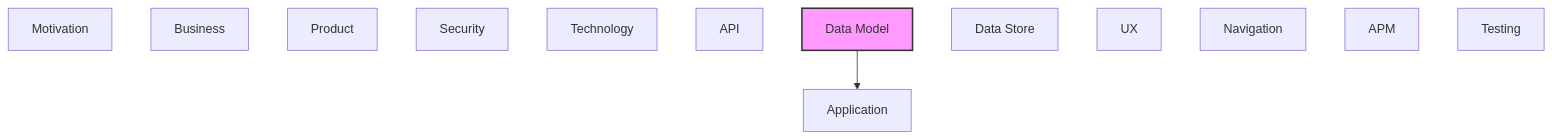
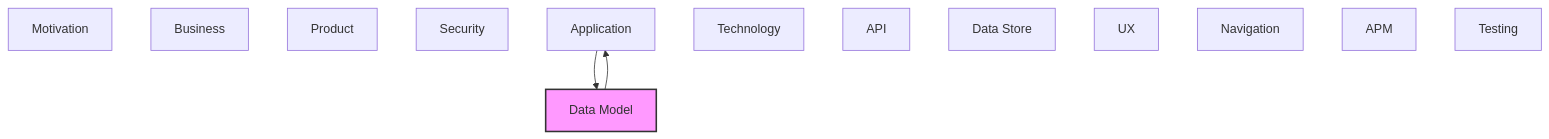
Before and after one commit to tinkermonkey/heimdall: the second of 2 diagrams in documentation-robotics/reports/08-data-model-layer-report.md, drawn with Mermaid. The commit also changed other lines of this file and 41 other files, not shown here.

````diff
--- a/documentation-robotics/reports/08-data-model-layer-report.md
+++ b/documentation-robotics/reports/08-data-model-layer-report.md
@@ -64,19 +81,20 @@
 ```mermaid
 flowchart TB
   classDef current fill:#f9f,stroke:#333,stroke-width:2px
   motivation["Motivation"]
   business["Business"]
   product["Product"]
   security["Security"]
   application["Application"]
   technology["Technology"]
   api["API"]
   data_model["Data Model"]
   data_store["Data Store"]
   ux["UX"]
   navigation["Navigation"]
   apm["APM"]
   testing["Testing"]
+  application --> data_model
   data_model --> application
   class data_model current
 ```
````
